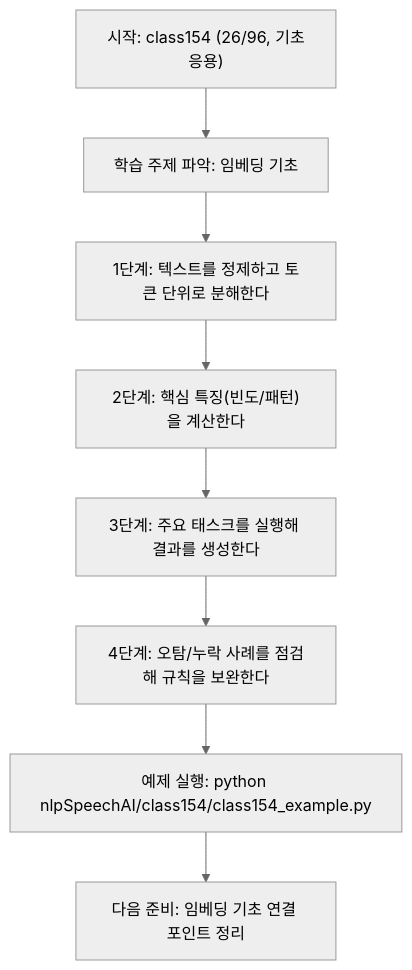
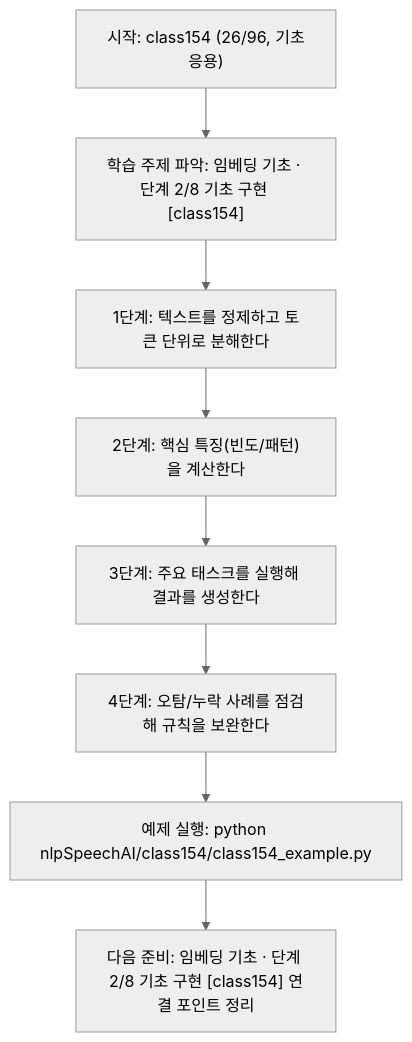
One commit to edumgt/Python-AI_Agent-Class changed the diagram in nlpSpeechAI/class154/class154.md. Above: the diagram before and after it, drawn with Mermaid (neutral theme). The commit also changed other lines of this file and 522 other files, not shown here.

````diff
--- a/nlpSpeechAI/class154/class154.md
+++ b/nlpSpeechAI/class154/class154.md
@@ -112,18 +113,18 @@
 ```mermaid
 flowchart TD
 N1["시작: class154 (26/96, 기초응용)"]
-N2["학습 주제 파악: 임베딩 기초"]
+N2["학습 주제 파악: 임베딩 기초 · 단계 2/8 기초 구현 [class154]"]
 N3["1단계: 텍스트를 정제하고 토큰 단위로 분해한다"]
 N4["2단계: 핵심 특징(빈도/패턴)을 계산한다"]
 N5["3단계: 주요 태스크를 실행해 결과를 생성한다"]
 N6["4단계: 오탐/누락 사례를 점검해 규칙을 보완한다"]
 N7["예제 실행: python nlpSpeechAI/class154/class154_example.py"]
-N8["다음 준비: 임베딩 기초 연결 포인트 정리"]
+N8["다음 준비: 임베딩 기초 · 단계 2/8 기초 구현 [class154] 연결 포인트 정리"]
 N1 --> N2
 N2 --> N3
 N3 --> N4
 N4 --> N5
 N5 --> N6
 N6 --> N7
 N7 --> N8
 ```
````
